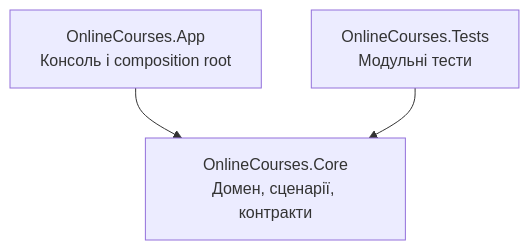
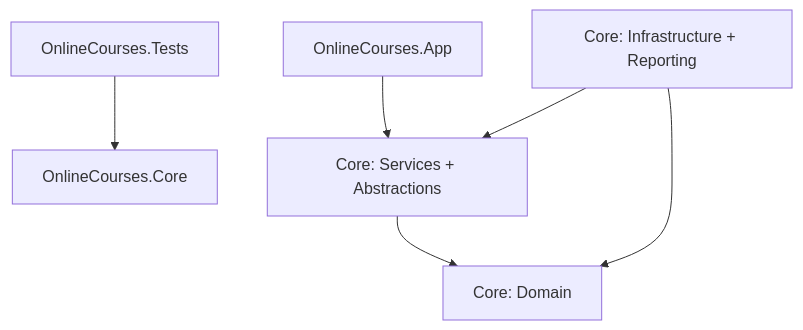
One commit to inkonzottn/KPZ changed the diagram in docs/architecture.md. Above: the diagram before and after it, drawn with Mermaid. The commit also changed other lines of this file and 19 other files, not shown here.

````diff
--- a/docs/architecture.md
+++ b/docs/architecture.md
@@ -25,8 +20,14 @@
 ```mermaid
 flowchart TB
-    App["OnlineCourses.App<br/>Консоль і composition root"]
-    Core["OnlineCourses.Core<br/>Домен, сценарії, контракти"]
-    Tests["OnlineCourses.Tests<br/>Модульні тести"]
-    App --> Core
+    App["OnlineCourses.App"]
+    Core["OnlineCourses.Core"]
+    Domain["Core: Domain"]
+    Application["Core: Services + Abstractions"]
+    Infrastructure["Core: Infrastructure + Reporting"]
+    Tests["OnlineCourses.Tests"]
+    App --> Application
+    Application --> Domain
+    Infrastructure --> Application
+    Infrastructure --> Domain
     Tests --> Core
 ```
````
